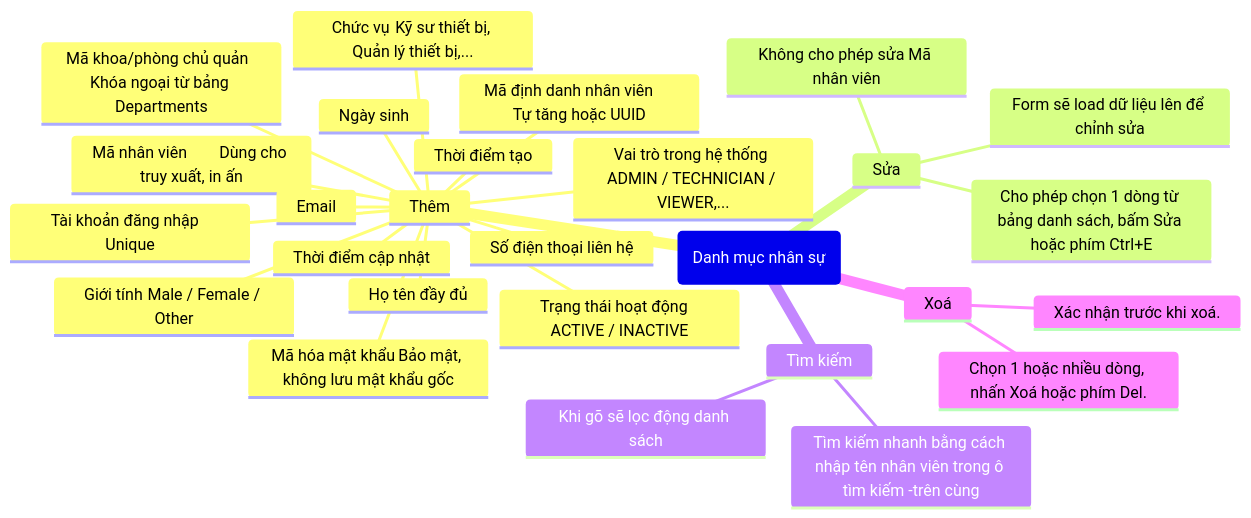
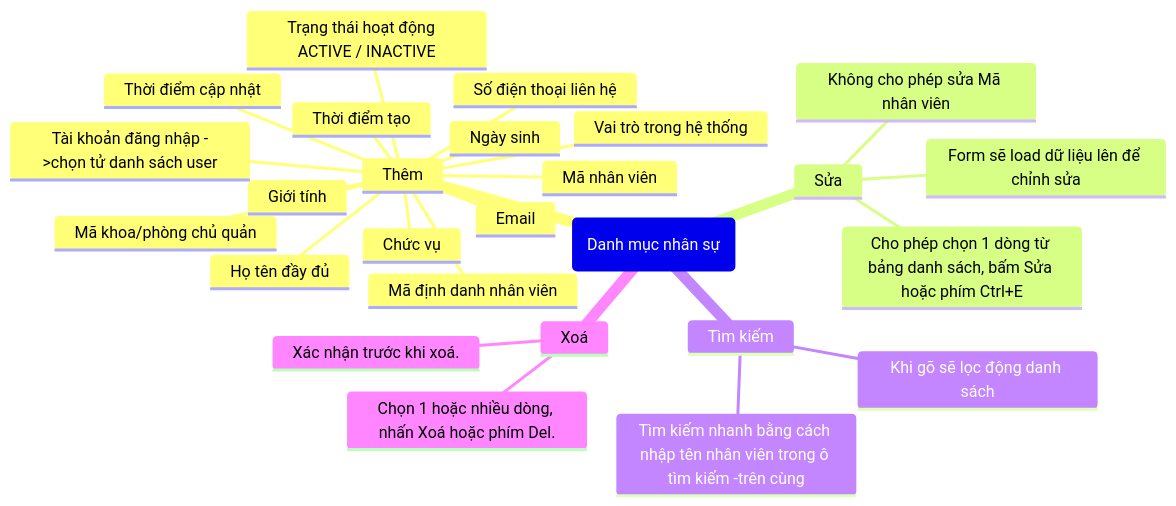
The diagram in mindmap-nhansu.md (nthanhdo/mems-brainstorm), drawn with Mermaid before and after one commit.

````diff
--- a/mindmap-nhansu.md
+++ b/mindmap-nhansu.md
@@ -2,32 +2,31 @@
 ```mermaid
 mindmap
   root(Danh mục nhân sự)
         Thêm
-          Mã định danh nhân viên	Tự tăng hoặc UUID
-          Mã nhân viên	Dùng cho truy xuất, in ấn
+          Mã định danh nhân viên	
+          Mã nhân viên	
           Họ tên đầy đủ	
-          Giới tính	Male / Female / Other
+          Giới tính	
           Ngày sinh	
           Số điện thoại liên hệ	
           Email	
-          Chức vụ	Kỹ sư thiết bị, Quản lý thiết bị,...
-          Mã khoa/phòng chủ quản	Khóa ngoại từ bảng Departments
-          Vai trò trong hệ thống	ADMIN / TECHNICIAN / VIEWER,...
-          Tài khoản đăng nhập	Unique
-          Mã hóa mật khẩu	Bảo mật, không lưu mật khẩu gốc
+          Chức vụ	
+          Mã khoa/phòng chủ quản	
+          Vai trò trong hệ thống	
+          Tài khoản đăng nhập ->chọn tử danh sách user
           Trạng thái hoạt động	ACTIVE / INACTIVE
           Thời điểm tạo	
           Thời điểm cập nhật	
         Sửa
          Cho phép chọn 1 dòng từ bảng danh sách, bấm Sửa hoặc phím Ctrl+E
          Form sẽ load dữ liệu lên để chỉnh sửa
          Không cho phép sửa Mã nhân viên
         Tìm kiếm
          Tìm kiếm nhanh bằng cách nhập tên nhân viên trong ô tìm kiếm -trên cùng
          Khi gõ sẽ lọc động danh sách
         Xoá
          Chọn 1 hoặc nhiều dòng, nhấn Xoá hoặc phím Del.
          Xác nhận trước khi xoá.
    
 
 ```
````
